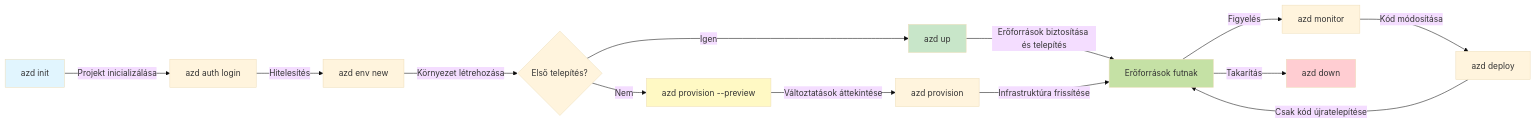
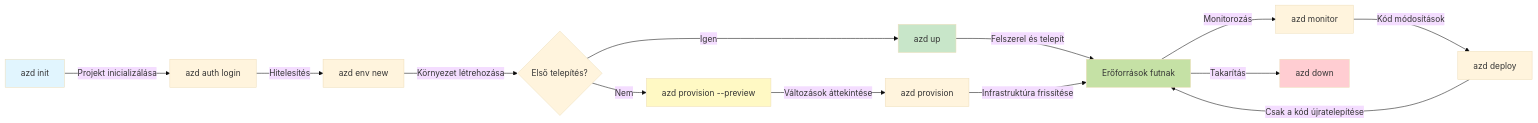
One commit to microsoft/AZD-for-beginners changed the first of 2 diagrams in translations/hu/docs/chapter-01-foundation/azd-basics.md. Above: the diagram before and after it, drawn with Mermaid (base theme). The commit also changed other lines of this file and 1 other file, not shown here.

````diff
--- a/translations/hu/docs/chapter-01-foundation/azd-basics.md
+++ b/translations/hu/docs/chapter-01-foundation/azd-basics.md
@@ -269,21 +269,21 @@
 ```mermaid
 graph LR
     A[azd init] -->|Projekt inicializálása| B[azd auth login]
     B -->|Hitelesítés| C[azd env new]
     C -->|Környezet létrehozása| D{Első telepítés?}
     D -->|Igen| E[azd up]
     D -->|Nem| F[azd provision --preview]
-    F -->|Változtatások áttekintése| G[azd provision]
-    E -->|Erőforrások biztosítása és telepítés| H[Erőforrások futnak]
+    F -->|Változások áttekintése| G[azd provision]
+    E -->|Felszerel és telepít| H[Erőforrások futnak]
     G -->|Infrastruktúra frissítése| H
-    H -->|Figyelés| I[azd monitor]
-    I -->|Kód módosítása| J[azd deploy]
-    J -->|Csak kód újratelepítése| H
+    H -->|Monitorozás| I[azd monitor]
+    I -->|Kód módosítások| J[azd deploy]
+    J -->|Csak a kód újratelepítése| H
     H -->|Takarítás| K[azd down]
     
     style A fill:#e1f5fe
     style E fill:#c8e6c9
     style F fill:#fff9c4
     style H fill:#c5e1a5
     style K fill:#ffcdd2
 ```
````
